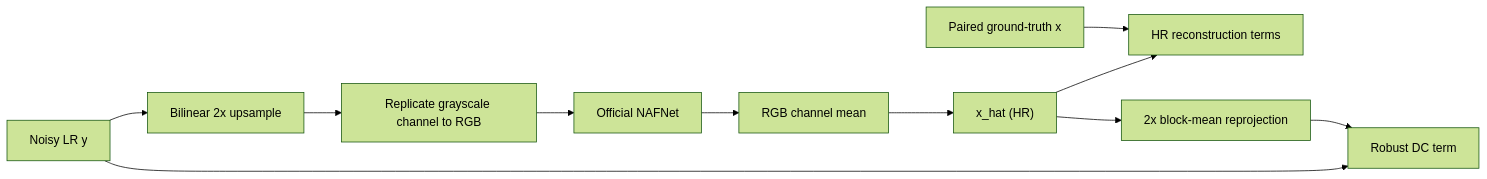
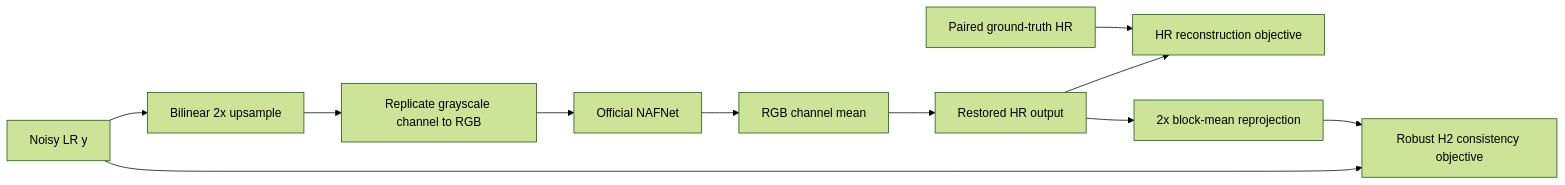
Before and after one commit to sumanta02/Noisy-Image-Restoration---KLA-x-IITH-AI-Hackathon-26: the diagram in README.md, drawn with Mermaid (forest theme). The commit also changed other lines of this file and 1 other file, not shown here.

````diff
--- a/README.md
+++ b/README.md
@@ -26,15 +14,15 @@
 ```mermaid
 flowchart LR
     y["Noisy LR y"] --> upsample["Bilinear 2x upsample"]
     upsample --> replicate["Replicate grayscale channel to RGB"]
     replicate --> nafnet["Official NAFNet"]
     nafnet --> mean["RGB channel mean"]
-    mean --> prediction["x_hat (HR)"]
+    mean --> prediction["Restored HR output"]
 
-    ground_truth["Paired ground-truth x"] --> reconstruction["HR reconstruction terms"]
+    ground_truth["Paired ground-truth HR"] --> reconstruction["HR reconstruction objective"]
     prediction --> reconstruction
 
     prediction --> reprojection["2x block-mean reprojection"]
-    reprojection --> dc["Robust DC term"]
+    reprojection --> dc["Robust H2 consistency objective"]
     y --> dc
 ```
````
